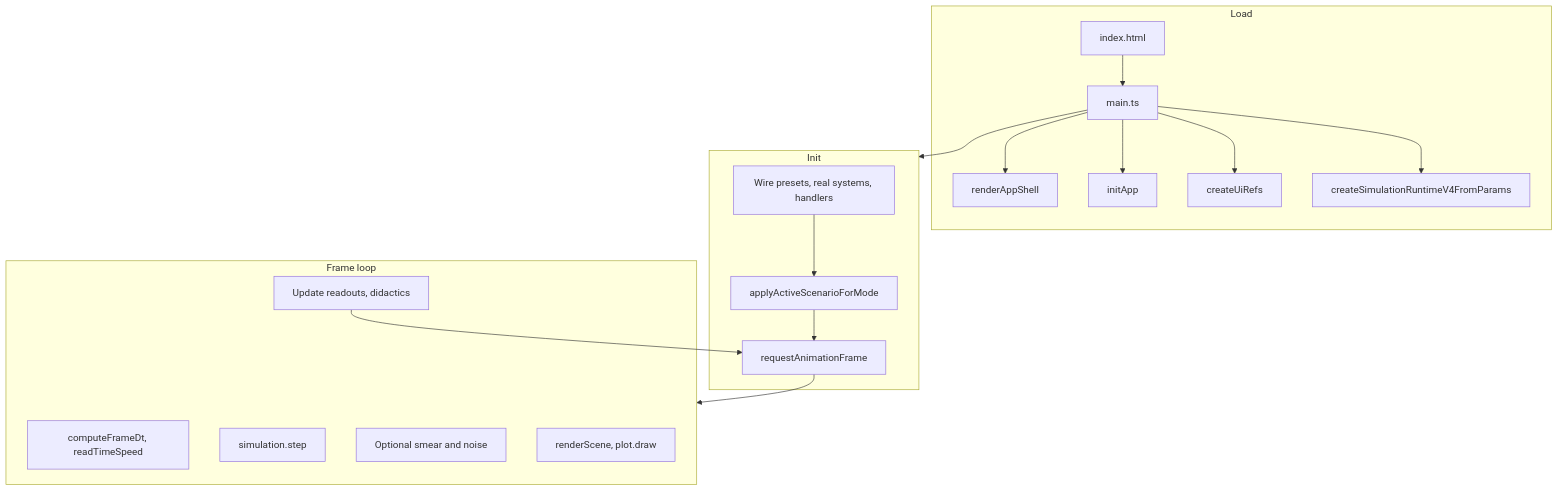
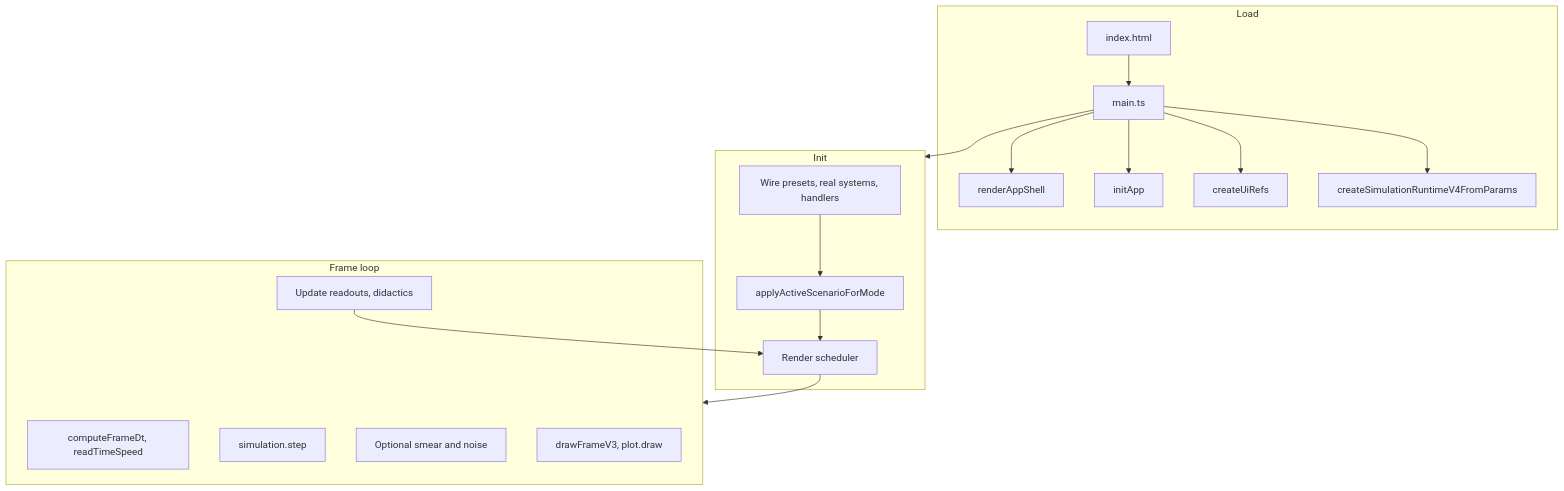
One commit to sebastianspicker/otherlight changed the third of 4 diagrams in README.md. Above: the diagram before and after it, drawn with Mermaid. The commit also changed other lines of this file and 368 other files, not shown here.

````diff
--- a/README.md
+++ b/README.md
@@ -109,33 +109,33 @@
 ```mermaid
 flowchart TD
   subgraph load [Load]
     HTML[index.html]
     Main[main.ts]
     Shell[renderAppShell]
     Bootstrap[initApp]
     Refs[createUiRefs]
     Sim0[createSimulationRuntimeV4FromParams]
   end
   subgraph init [Init]
     Wire[Wire presets, real systems, handlers]
     ApplyInit[applyActiveScenarioForMode]
-    RAF[requestAnimationFrame]
+    Scheduler[Render scheduler]
   end
   subgraph loop [Frame loop]
     Dt[computeFrameDt, readTimeSpeed]
     Step[simulation.step]
     Smear[Optional smear and noise]
-    Render[renderScene, plot.draw]
+    Render[drawFrameV3, plot.draw]
     Readouts[Update readouts, didactics]
   end
   HTML --> Main
   Main --> Shell
   Main --> Bootstrap
   Main --> Refs
   Main --> Sim0
   Main --> init
   Wire --> ApplyInit
-  ApplyInit --> RAF
-  RAF --> loop
-  Readouts --> RAF
+  ApplyInit --> Scheduler
+  Scheduler --> loop
+  Readouts --> Scheduler
 ```
````
